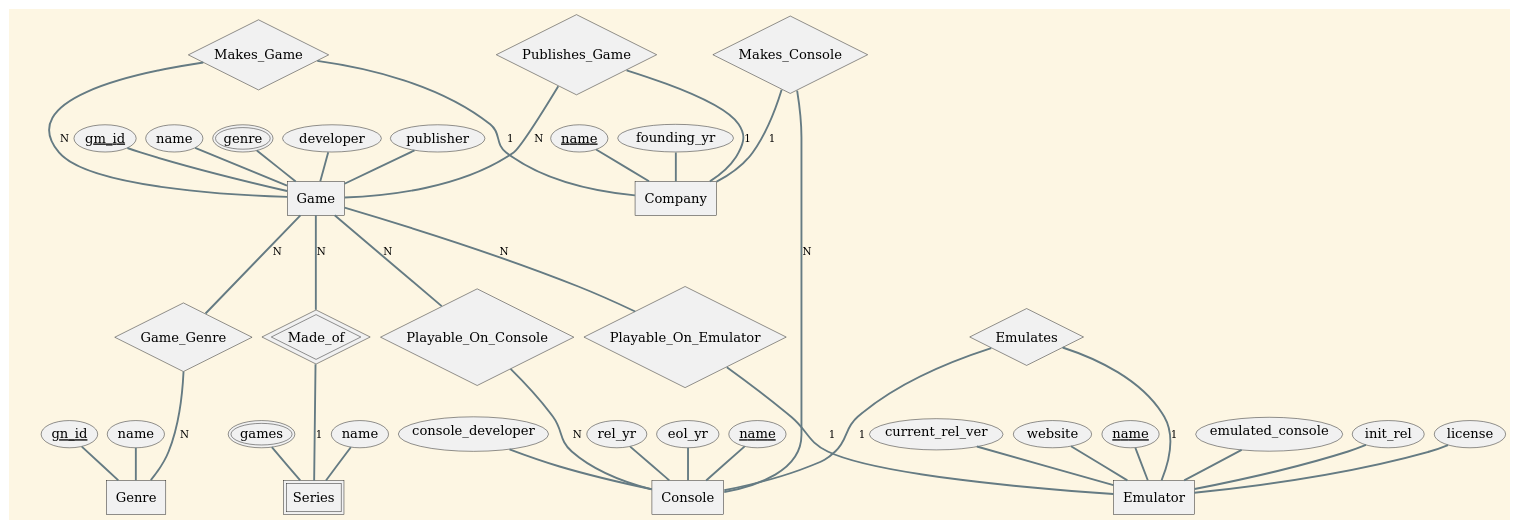
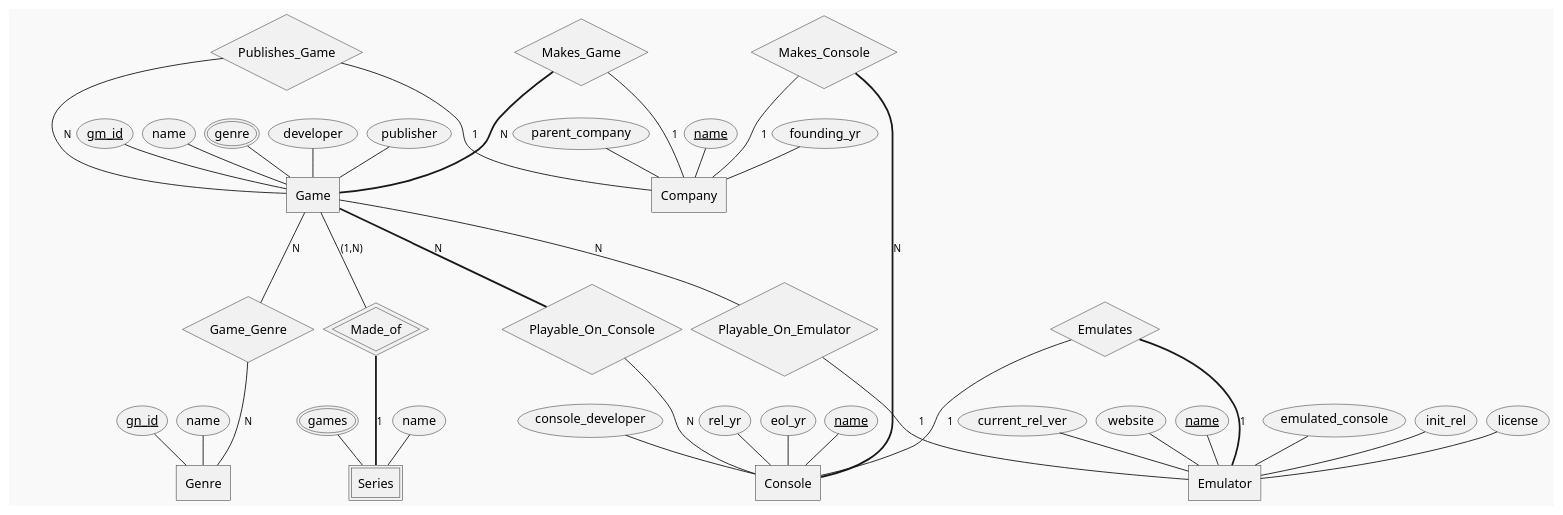
One commit to AndrewN20/CS4347-005-TeamSupremeVictory-main changed the diagram in eerDiagram.plantuml. Above: the diagram before and after it, drawn with PlantUML.

Commit message:
made changes to relations (existence dependencies), added parent_company attribute to Company

```diff
--- a/eerDiagram.plantuml
+++ b/eerDiagram.plantuml
@@ -1,97 +1,99 @@
 @startchen
-!theme sunlust
+!theme mars
+'!theme mono
 
 'vertical spacing
 skinparam ranksep 30
 'horizontal spacing
 skinparam nodesep 10  
 
 'entity definitions
 entity Game {
         'pk
         gm_id <<key>>
         name
         genre <<multi>>
         'fk
         developer
         'fk
         publisher
 }
 
 entity Series <<weak>> {
         name
         games <<multi>>
 }
 
 entity Genre {
         'pk
         gn_id <<key>>
         name
 }
 
 entity Console {
         'pk
         name <<key>>
         console_developer
         rel_yr
         eol_yr
 }
 
 entity Company{
         'pk
         name <<key>>
         founding_yr
+        parent_company
         '... IDK what else to put here
 }
 
 entity Emulator {
         'pk
         name <<key>>
         emulated_console
         init_rel
         license
         current_rel_ver
         website
 }
 'relationship definitions
 relationship "Game_Genre" as gg {
 }
 relationship "Made_of" as MO <<identifying>> {
 }
 relationship "Makes_Game" as mg {
 }
 relationship "Publishes_Game" as pg {
 }
 relationship "Makes_Console" as mc {
 }
 relationship "Playable_On_Console" as ploc {
 }
 relationship "Playable_On_Emulator" as ploe {
 }
 relationship Emulates {
 }
 
-Game -N- MO
+Game -(1,N)- MO
 MO =1= Series
 
 Game -N- gg
 gg -N- Genre
 
-Game -N- ploc
+Game =N= ploc
 ploc -N- Console
 
 Game -N- ploe
 ploe -1- Emulator
 
 mg -1- Company
-mg -N- Game
+mg =N= Game
 
 pg -1- Company
 pg -N- Game
 
 mc -1- Company
-mc -N- Console
+mc =N= Console
 
 Emulates -1- Console
-Emulates -1- Emulator
+Emulates =1= Emulator
 @endchen
```
